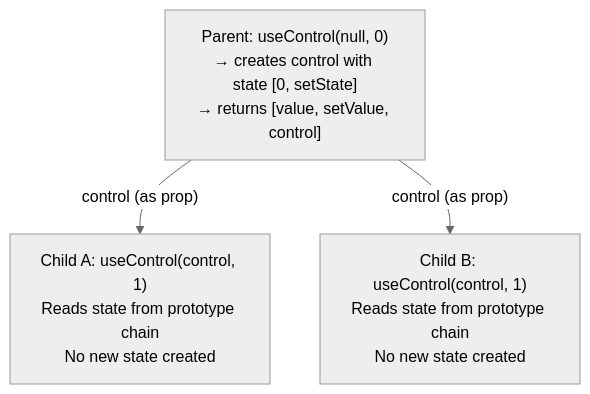
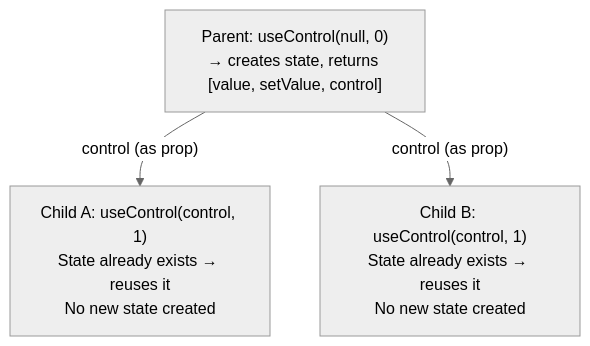
One commit to wmzy/react-use-control changed the diagram in README.md. Above: the diagram before and after it, drawn with Mermaid (neutral theme). The commit also changed other lines of this file and 1 other file, not shown here.

Commit message:
docs: clarify control object concept and state sharing in README

````diff
--- a/README.md
+++ b/README.md
@@ -90,8 +90,8 @@
 ```mermaid
 graph TD
-    P["Parent: useControl(null, 0)<br/>→ creates control with state [0, setState]<br/>→ returns [value, setValue, control]"]
+    P["Parent: useControl(null, 0)<br/>→ creates state, returns [value, setValue, control]"]
     P -- "control (as prop)" --> A
     P -- "control (as prop)" --> B
-    A["Child A: useControl(control, 1)<br/>Reads state from prototype chain<br/>No new state created"]
-    B["Child B: useControl(control, 1)<br/>Reads state from prototype chain<br/>No new state created"]
+    A["Child A: useControl(control, 1)<br/>State already exists → reuses it<br/>No new state created"]
+    B["Child B: useControl(control, 1)<br/>State already exists → reuses it<br/>No new state created"]
 ```
````
